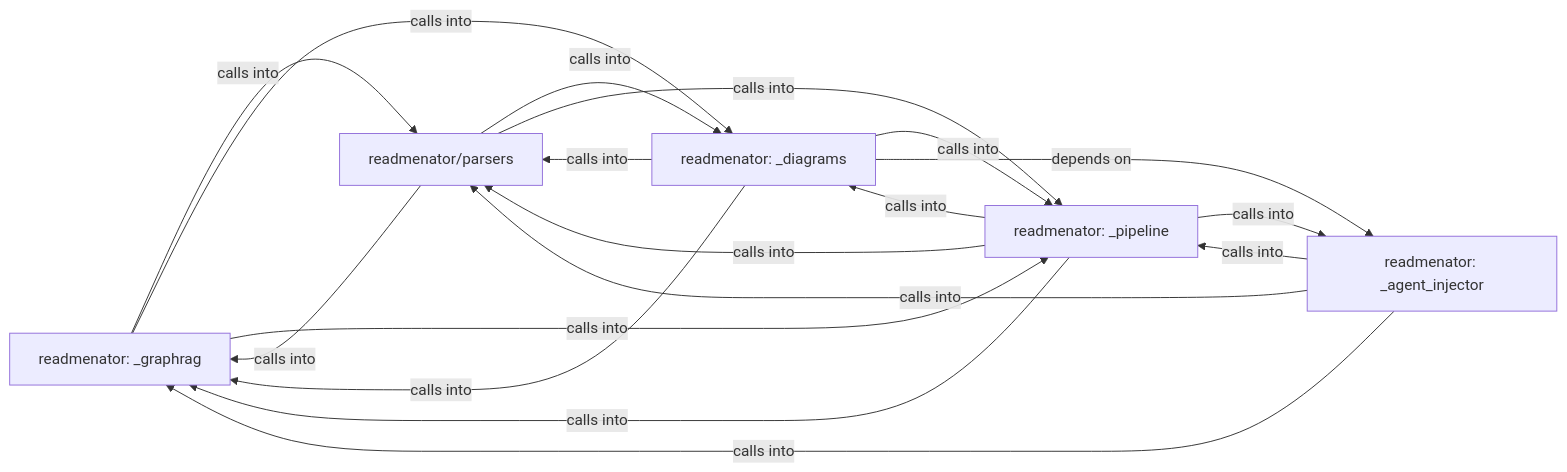
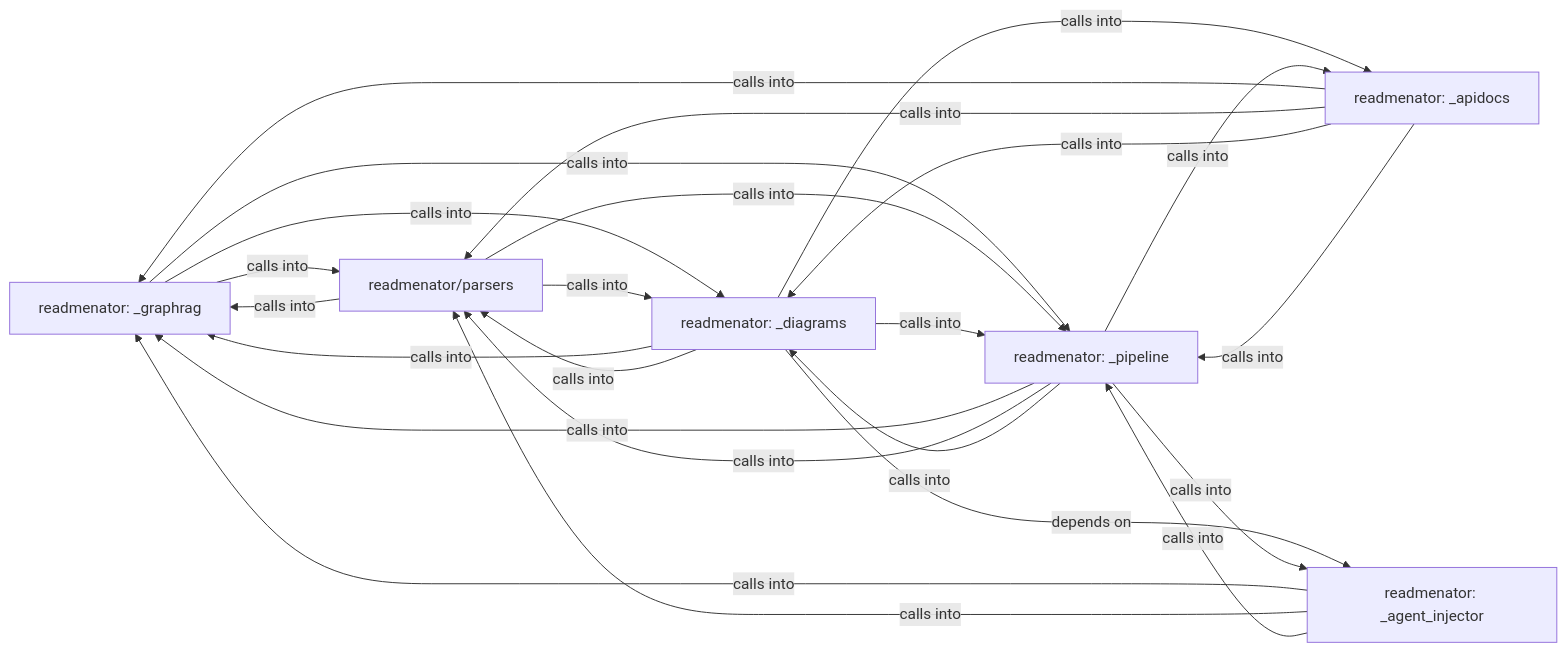
One commit to grisuno/ReadMenator changed the diagram in readmenator-diagrams/overview.md. Above: the diagram before and after it, drawn with Mermaid. The commit also changed other lines of this file and 290 other files, not shown here.

````diff
--- a/readmenator-diagrams/overview.md
+++ b/readmenator-diagrams/overview.md
@@ -1,29 +1,37 @@
 ```mermaid
 graph LR
     readmenator__graphrag["readmenator: _graphrag"]
     readmenator_parsers["readmenator/parsers"]
     readmenator__diagrams["readmenator: _diagrams"]
     readmenator__pipeline["readmenator: _pipeline"]
+    readmenator__apidocs["readmenator: _apidocs"]
     readmenator__agent_injector["readmenator: _agent_injector"]
     readmenator__graphrag -- "calls into" --> readmenator_parsers
     readmenator__graphrag -- "calls into" --> readmenator__diagrams
     readmenator__graphrag -- "calls into" --> readmenator__pipeline
     readmenator_parsers -- "calls into" --> readmenator__graphrag
     readmenator_parsers -- "calls into" --> readmenator__diagrams
     readmenator_parsers -- "calls into" --> readmenator__pipeline
     readmenator__diagrams -- "calls into" --> readmenator__graphrag
     readmenator__diagrams -- "calls into" --> readmenator_parsers
     readmenator__diagrams -- "calls into" --> readmenator__pipeline
+    readmenator__diagrams -- "calls into" --> readmenator__apidocs
     readmenator__diagrams -- "depends on" --> readmenator__agent_injector
     readmenator__pipeline -- "calls into" --> readmenator__graphrag
     readmenator__pipeline -- "calls into" --> readmenator_parsers
     readmenator__pipeline -- "calls into" --> readmenator__diagrams
+    readmenator__pipeline -- "calls into" --> readmenator__apidocs
     readmenator__pipeline -- "calls into" --> readmenator__agent_injector
+    readmenator__apidocs -- "calls into" --> readmenator__graphrag
+    readmenator__apidocs -- "calls into" --> readmenator_parsers
+    readmenator__apidocs -- "calls into" --> readmenator__diagrams
+    readmenator__apidocs -- "calls into" --> readmenator__pipeline
     readmenator__agent_injector -- "calls into" --> readmenator__graphrag
     readmenator__agent_injector -- "calls into" --> readmenator_parsers
     readmenator__agent_injector -- "calls into" --> readmenator__pipeline
     click readmenator__graphrag href "./readmenator__graphrag.md" "Details"
     click readmenator_parsers href "./readmenator_parsers.md" "Details"
     click readmenator__diagrams href "./readmenator__diagrams.md" "Details"
     click readmenator__pipeline href "./readmenator__pipeline.md" "Details"
+    click readmenator__apidocs href "./readmenator__apidocs.md" "Details"
 ```
````
